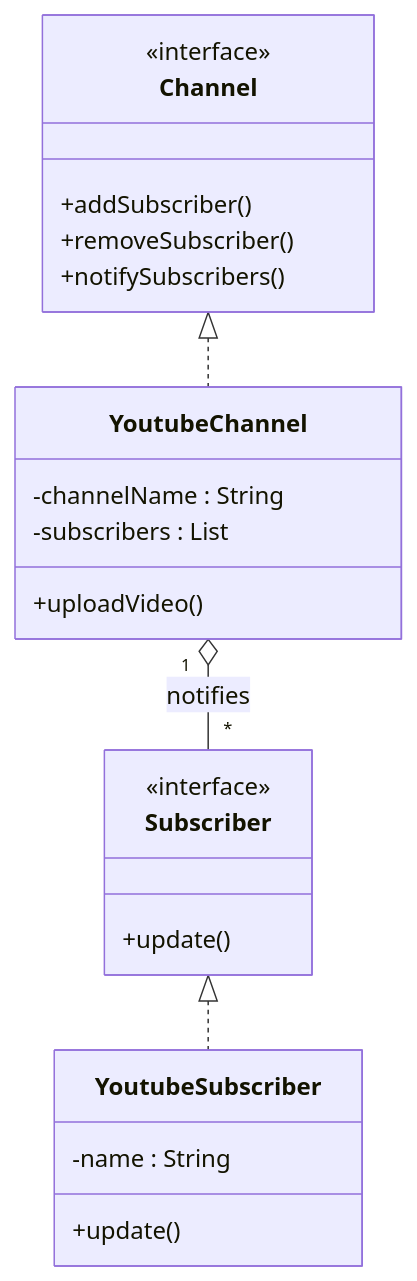
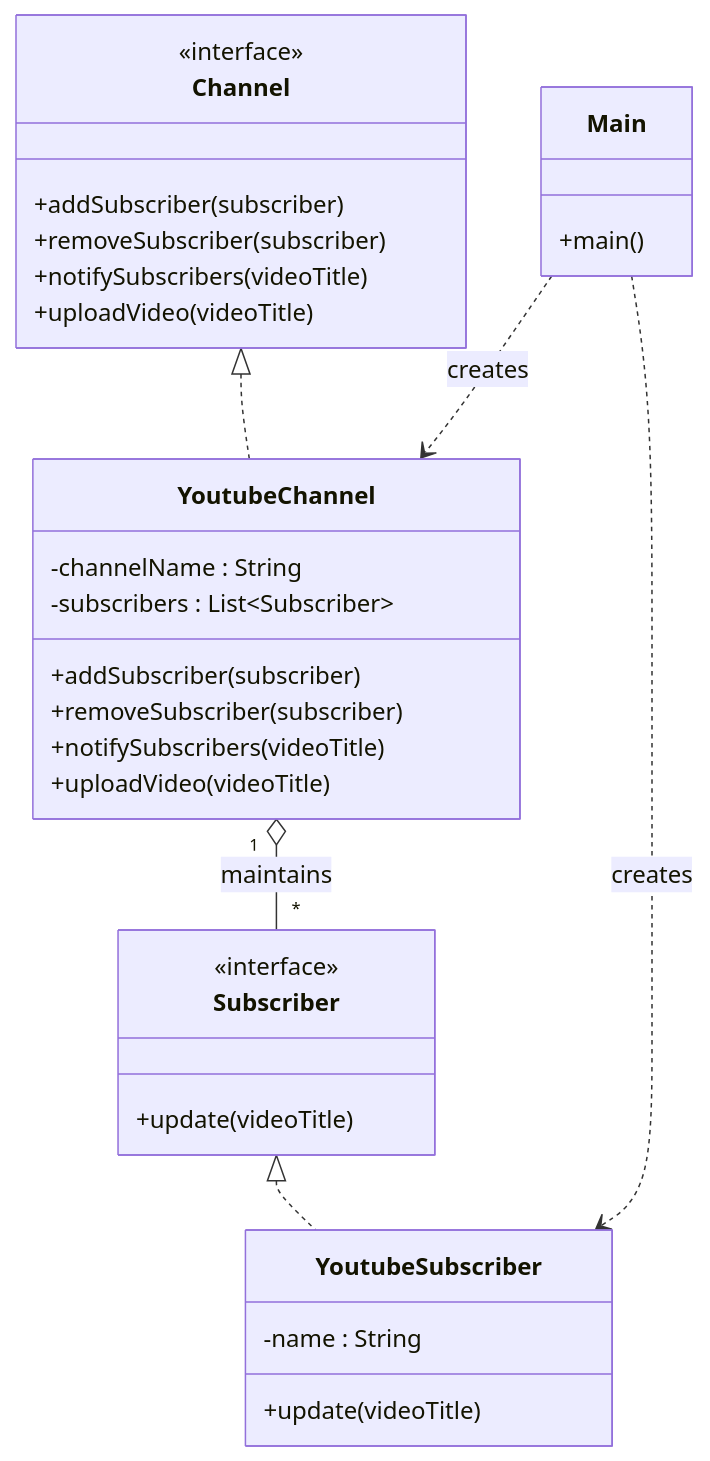
Before and after one commit to rakshit432/Low-Level-Design: the diagram in Observer_pattern/valid_uml.md, drawn with Mermaid.

Commit message:
valid_uml for observer

````diff
--- a/Observer_pattern/valid_uml.md
+++ b/Observer_pattern/valid_uml.md
@@ -1,31 +1,42 @@
 ```mermaid
 classDiagram
 
 class Channel {
     <<interface>>
-    +addSubscriber()
-    +removeSubscriber()
-    +notifySubscribers()
+    +addSubscriber(subscriber)
+    +removeSubscriber(subscriber)
+    +notifySubscribers(videoTitle)
+    +uploadVideo(videoTitle)
+}
+
+class Subscriber {
+    <<interface>>
+    +update(videoTitle)
 }
 
 class YoutubeChannel {
     -channelName : String
-    -subscribers : List<Subscriber>
-    +uploadVideo()
-}
-
-class Subscriber {
-    <<interface>>
-    +update()
+    -subscribers : List~Subscriber~
+    +addSubscriber(subscriber)
+    +removeSubscriber(subscriber)
+    +notifySubscribers(videoTitle)
+    +uploadVideo(videoTitle)
 }
 
 class YoutubeSubscriber {
     -name : String
-    +update()
+    +update(videoTitle)
+}
+
+class Main {
+    +main()
 }
 
 Channel <|.. YoutubeChannel
 Subscriber <|.. YoutubeSubscriber
 
-YoutubeChannel "1" o-- "*" Subscriber : notifies
+YoutubeChannel "1" o-- "*" Subscriber : maintains
+
+Main ..> YoutubeChannel : creates
+Main ..> YoutubeSubscriber : creates
 ```
````
